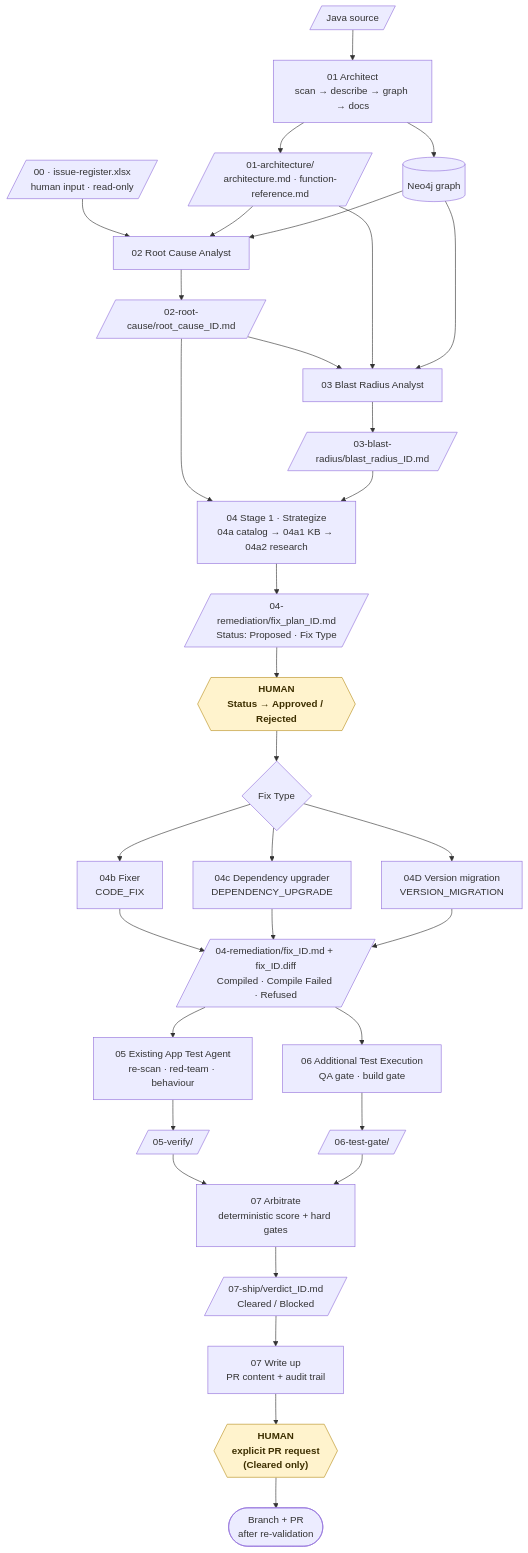
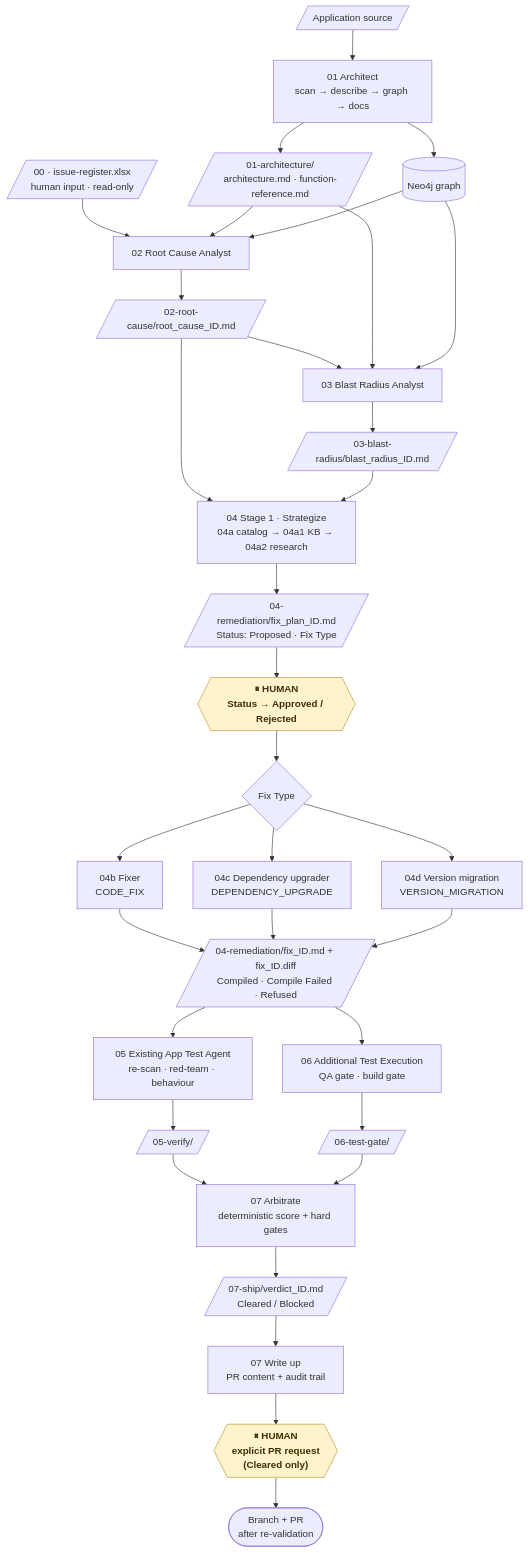
The sixth of 31 diagrams in README.md (KrishnaAnnavaram/MARS), drawn with Mermaid before and after one commit. The commit also changed other lines of this file, not shown here.

````diff
--- a/README.md
+++ b/README.md
@@ -140,58 +344,58 @@
 ```mermaid
 flowchart TD
     REG[/"00 · issue-register.xlsx<br/>human input · read-only"/]
-    SRC[/"Java source"/]
+    SRC[/"Application source"/]
 
     A01["01 Architect<br/>scan → describe → graph → docs"]
     D01[/"01-architecture/<br/>architecture.md · function-reference.md"/]
     G[("Neo4j graph")]
 
     A02["02 Root Cause Analyst"]
     D02[/"02-root-cause/root_cause_ID.md"/]
     A03["03 Blast Radius Analyst"]
     D03[/"03-blast-radius/blast_radius_ID.md"/]
 
     S1["04 Stage 1 · Strategize<br/>04a catalog → 04a1 KB → 04a2 research"]
     P[/"04-remediation/fix_plan_ID.md<br/>Status: Proposed · Fix Type"/]
-    HUMAN{{"HUMAN<br/>Status → Approved / Rejected"}}
+    HUMAN{{"⏸ HUMAN<br/>Status → Approved / Rejected"}}
     R{"Fix Type"}
     B4["04b Fixer<br/>CODE_FIX"]
     C4["04c Dependency upgrader<br/>DEPENDENCY_UPGRADE"]
-    D4["04D Version migration<br/>VERSION_MIGRATION"]
+    D4["04d Version migration<br/>VERSION_MIGRATION"]
     FIX[/"04-remediation/fix_ID.md + fix_ID.diff<br/>Compiled · Compile Failed · Refused"/]
 
     A05["05 Existing App Test Agent<br/>re-scan · red-team · behaviour"]
     D05[/"05-verify/"/]
     A06["06 Additional Test Execution<br/>QA gate · build gate"]
     D06[/"06-test-gate/"/]
     A07a["07 Arbitrate<br/>deterministic score + hard gates"]
     V[/"07-ship/verdict_ID.md<br/>Cleared / Blocked"/]
     A07b["07 Write up<br/>PR content + audit trail"]
-    PR{{"HUMAN<br/>explicit PR request<br/>(Cleared only)"}}
+    PR{{"⏸ HUMAN<br/>explicit PR request<br/>(Cleared only)"}}
     PUB(["Branch + PR<br/>after re-validation"])
 
     SRC --> A01 --> D01
     A01 --> G
     REG --> A02
     D01 --> A02
     G --> A02
     A02 --> D02 --> A03
     D01 --> A03
     G --> A03
     A03 --> D03
     D02 --> S1
     D03 --> S1
     S1 --> P --> HUMAN --> R
     R --> B4 --> FIX
     R --> C4 --> FIX
     R --> D4 --> FIX
     FIX --> A05 --> D05
     FIX --> A06 --> D06
     D05 --> A07a
     D06 --> A07a
     A07a --> V --> A07b
     A07b --> PR --> PUB
 
     classDef human fill:#fff3cd,stroke:#b8901f,color:#3d2f00,font-weight:bold
     class HUMAN,PR human
 ```
````
